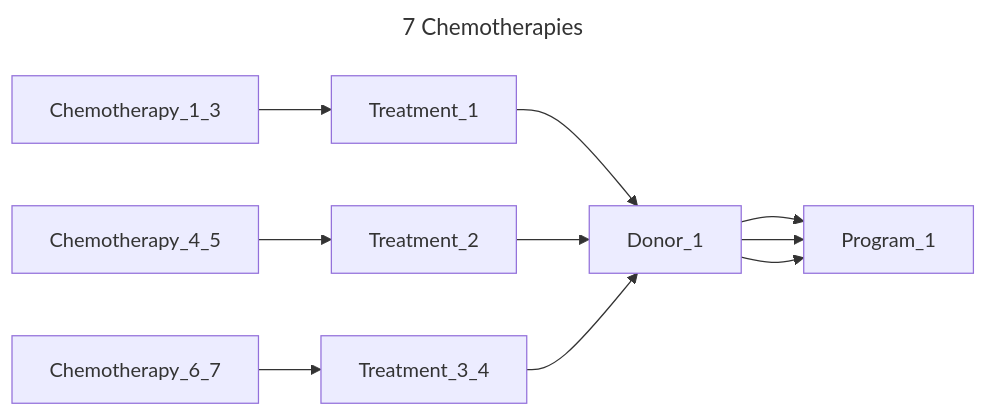
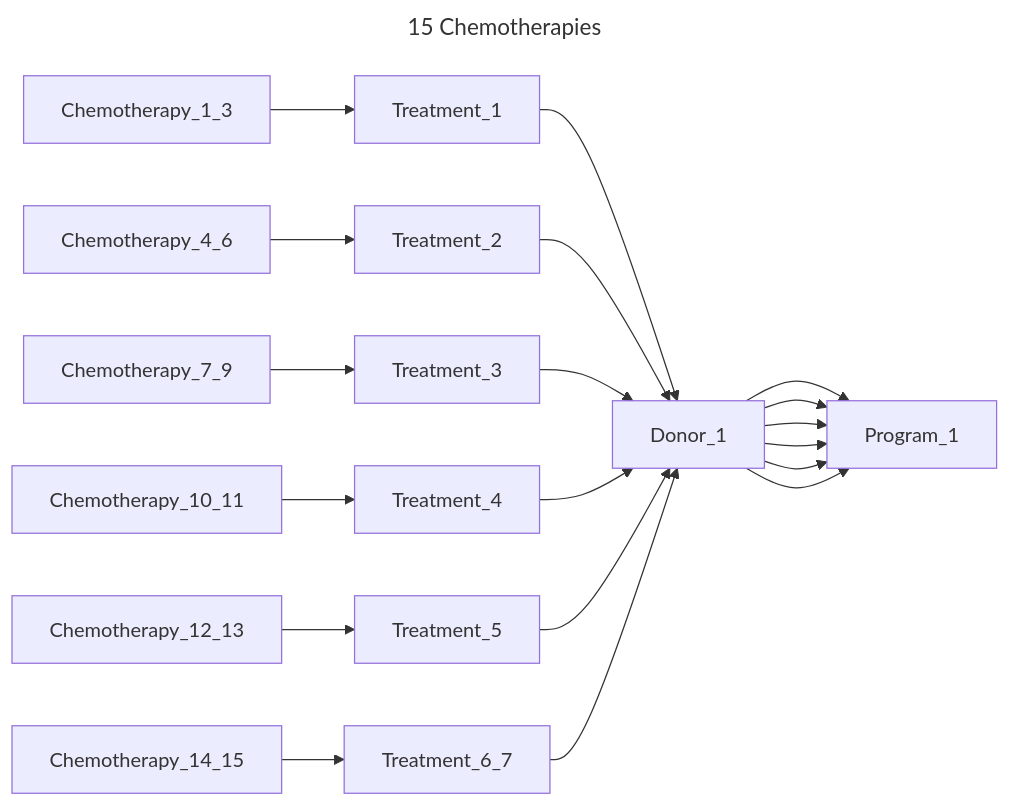
The sixth of 14 diagrams in chord_metadata_service/mohpackets/data/small_dataset/README.md (bento-platform/katsu), drawn with Mermaid before and after one commit. The commit also changed other lines of this file, not shown here.

````diff
--- a/chord_metadata_service/mohpackets/data/small_dataset/README.md
+++ b/chord_metadata_service/mohpackets/data/small_dataset/README.md
@@ -88,9 +89,12 @@
 ```mermaid
 ---
-title: 7 Chemotherapies
+title: 15 Chemotherapies
 ---
 graph LR;  
   Chemotherapy_1_3 --> Treatment_1 --> Donor_1 --> Program_1;  
-  Chemotherapy_4_5 --> Treatment_2 --> Donor_1 --> Program_1;  
-  Chemotherapy_6_7 --> Treatment_3_4 --> Donor_1 --> Program_1;
+  Chemotherapy_4_6 --> Treatment_2 --> Donor_1 --> Program_1;  
+  Chemotherapy_7_9 --> Treatment_3 --> Donor_1 --> Program_1;
+  Chemotherapy_10_11 --> Treatment_4 --> Donor_1 --> Program_1;
+  Chemotherapy_12_13 --> Treatment_5 --> Donor_1 --> Program_1;
+  Chemotherapy_14_15 --> Treatment_6_7 --> Donor_1 --> Program_1;
 ```
````
